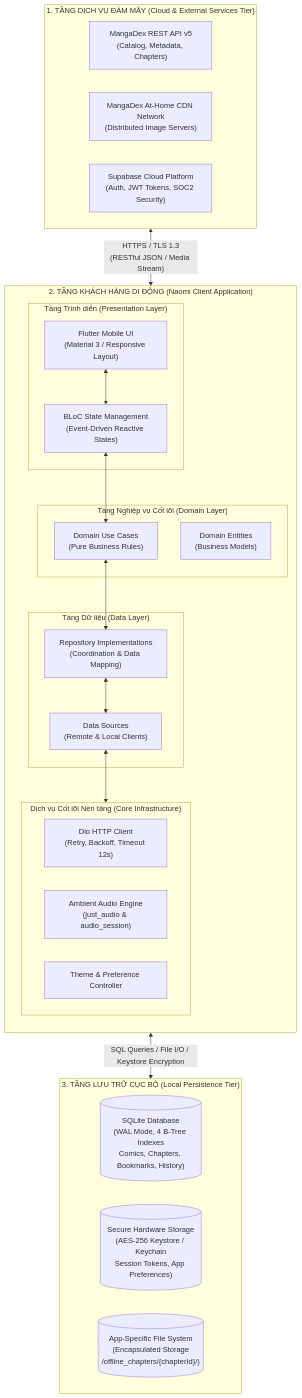
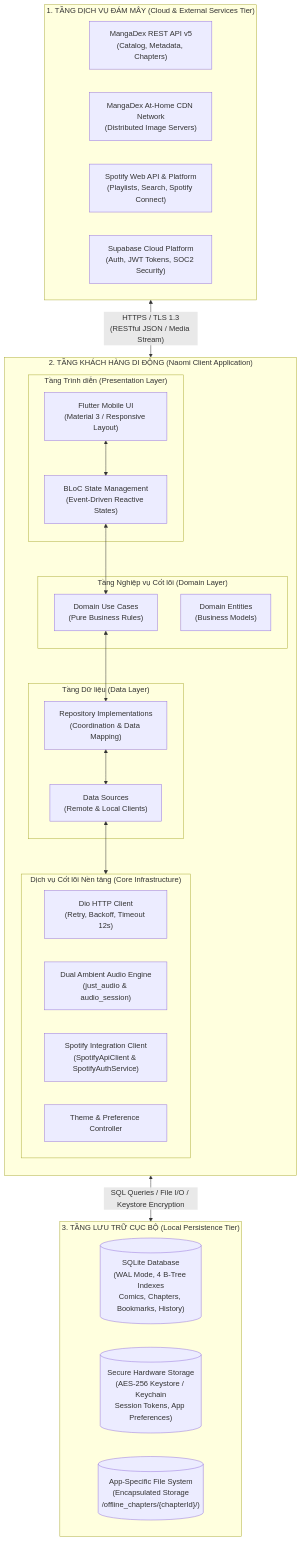
One commit to kortav0103/Naomi changed the first of 6 diagrams in spec/1.4.md. Above: the diagram before and after it, drawn with Mermaid. The commit also changed other lines of this file and 27 other files, not shown here.

````diff
--- a/spec/1.4.md
+++ b/spec/1.4.md
@@ -11,55 +11,57 @@
 ```mermaid
 flowchart TB
     %% EXTERNAL PLATFORMS & SERVICES
     subgraph CloudTier ["1. TẦNG DỊCH VỤ ĐÁM MÂY (Cloud & External Services Tier)"]
         direction LR
         MangaDexAPI["MangaDex REST API v5\n(Catalog, Metadata, Chapters)"]
         MangaDexCDN["MangaDex At-Home CDN Network\n(Distributed Image Servers)"]
+        SpotifyAPI["Spotify Web API & Platform\n(Playlists, Search, Spotify Connect)"]
         SupabaseAuth["Supabase Cloud Platform\n(Auth, JWT Tokens, SOC2 Security)"]
     end
 
     %% PROTOCOLS
     CloudTier <-- "HTTPS / TLS 1.3\n(RESTful JSON / Media Stream)" --> ClientBoundary
 
     %% CLIENT MOBILE APPLICATION
     subgraph ClientBoundary ["2. TẦNG KHÁCH HÀNG DI ĐỘNG (Naomi Client Application)"]
         direction TB
 
         subgraph PresentationModule ["Tầng Trình diễn (Presentation Layer)"]
             UI["Flutter Mobile UI\n(Material 3 / Responsive Layout)"]
             BlocEngine["BLoC State Management\n(Event-Driven Reactive States)"]
         end
 
         subgraph DomainModule ["Tầng Nghiệp vụ Cốt lõi (Domain Layer)"]
             UseCases["Domain Use Cases\n(Pure Business Rules)"]
             Entities["Domain Entities\n(Business Models)"]
         end
 
         subgraph DataModule ["Tầng Dữ liệu (Data Layer)"]
             RepoImpl["Repository Implementations\n(Coordination & Data Mapping)"]
             DataSources["Data Sources\n(Remote & Local Clients)"]
         end
 
         subgraph CoreServices ["Dịch vụ Cốt lõi Nền tảng (Core Infrastructure)"]
             NetworkClient["Dio HTTP Client\n(Retry, Backoff, Timeout 12s)"]
-            AudioEngine["Ambient Audio Engine\n(just_audio & audio_session)"]
+            AudioEngine["Dual Ambient Audio Engine\n(just_audio & audio_session)"]
+            SpotifyModule["Spotify Integration Client\n(SpotifyApiClient & SpotifyAuthService)"]
             ThemeService["Theme & Preference Controller"]
         end
 
         UI <--> BlocEngine
         BlocEngine <--> UseCases
         UseCases <--> RepoImpl
         RepoImpl <--> DataSources
         DataSources <--> CoreServices
     end
 
     %% LOCAL STORAGE TIER
     subgraph LocalStorageTier ["3. TẦNG LƯU TRỮ CỤC BỘ (Local Persistence Tier)"]
         direction LR
         SQLiteDB[("SQLite Database\n(WAL Mode, 4 B-Tree Indexes\nComics, Chapters, Bookmarks, History)")]
         SecureStorage[("Secure Hardware Storage\n(AES-256 Keystore / Keychain\nSession Tokens, App Preferences)")]
         LocalFiles[("App-Specific File System\n(Encapsulated Storage\n/offline_chapters/{chapterId}/)")]
     end
 
     DataSources <-- "SQL Queries / File I/O / Keystore Encryption" --> LocalStorageTier
 ```
````
